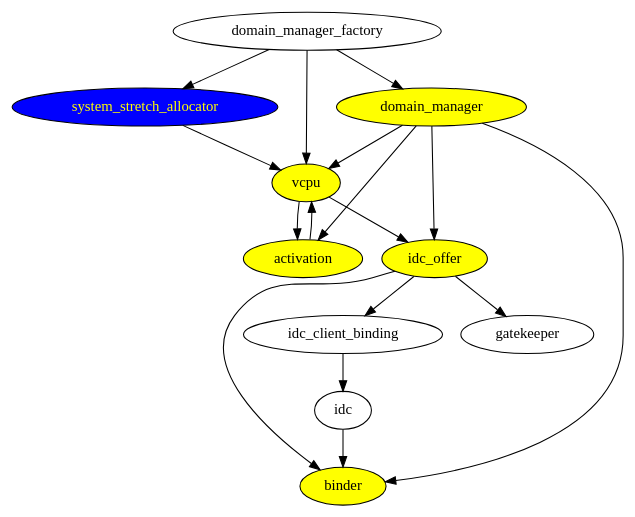
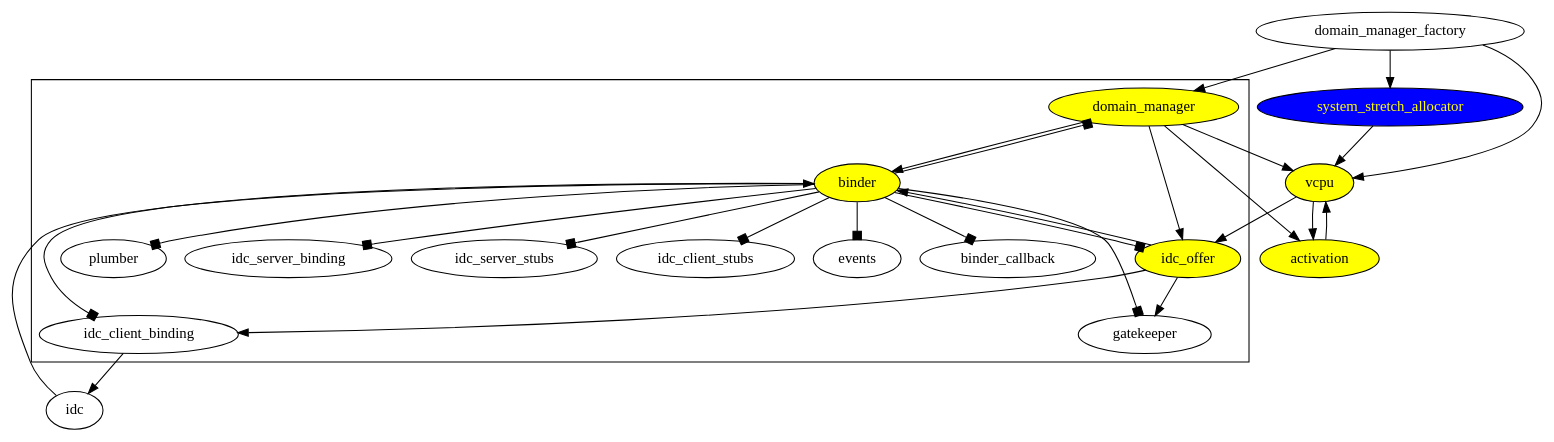
The diagram in docs/needs_boot.dot (metta-systems/metta), drawn with Graphviz before and after one commit.

Commit message:
Add implementation dependencies for binder.

```diff
--- a/docs/needs_boot.dot
+++ b/docs/needs_boot.dot
@@ -1,25 +1,40 @@
 digraph {
 	vcpu [style=filled,fillcolor=yellow,color=black,fontcolor=black];
 	domain_manager [style=filled,fillcolor=yellow,color=black,fontcolor=black];
 	binder [style=filled,fillcolor=yellow,color=black,fontcolor=black];
 	idc_offer [style=filled,fillcolor=yellow,color=black,fontcolor=black];
 	activation [style=filled,fillcolor=yellow,color=black,fontcolor=black];
 	system_stretch_allocator [style=filled,fillcolor=blue,color=black,fontcolor=yellow];
 
+# Interface dependencies
 	activation -> vcpu;
 	domain_manager -> activation;
 	domain_manager -> vcpu;
 	domain_manager -> idc_offer;
 	domain_manager -> binder;
 	domain_manager_factory -> system_stretch_allocator;
 	domain_manager_factory -> domain_manager;
 	domain_manager_factory -> vcpu;
 	idc -> binder;
 	idc_client_binding -> idc;
 	idc_offer -> binder;
 	idc_offer -> idc_client_binding;
 	idc_offer -> gatekeeper;
 	system_stretch_allocator -> vcpu;
 	vcpu -> activation;
 	vcpu -> idc_offer;
+
+# Implementation dependencies (arrowhead = box)
+	subgraph cluster_binder_impl {
+		binder -> plumber [arrowhead=box];
+		binder -> idc_offer [arrowhead=box];
+		binder -> idc_client_binding [arrowhead=box];
+		binder -> idc_server_binding [arrowhead=box];
+		binder -> idc_server_stubs [arrowhead=box];
+		binder -> idc_client_stubs [arrowhead=box];
+		binder -> events [arrowhead=box];
+		binder -> binder_callback [arrowhead=box];
+		binder -> domain_manager [arrowhead=box];
+		binder -> gatekeeper [arrowhead=box];
+	}
 }
```
